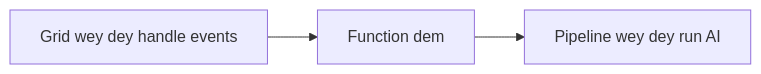
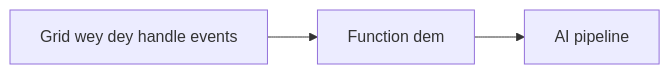
Before and after one commit to microsoft/AZD-for-beginners: the second of 2 diagrams in translations/pcm/docs/chapter-08-production/README.md, drawn with Mermaid. The commit also changed other lines of this file and 101 other files, not shown here.

````diff
--- a/translations/pcm/docs/chapter-08-production/README.md
+++ b/translations/pcm/docs/chapter-08-production/README.md
@@ -54,4 +56,4 @@
 ```mermaid
 graph LR
-    EventGrid[Grid wey dey handle events] --> Functions[Function dem] --> Pipeline[Pipeline wey dey run AI]
+    EventGrid[Grid wey dey handle events] --> Functions[Function dem] --> Pipeline[AI pipeline]
 ```
````
